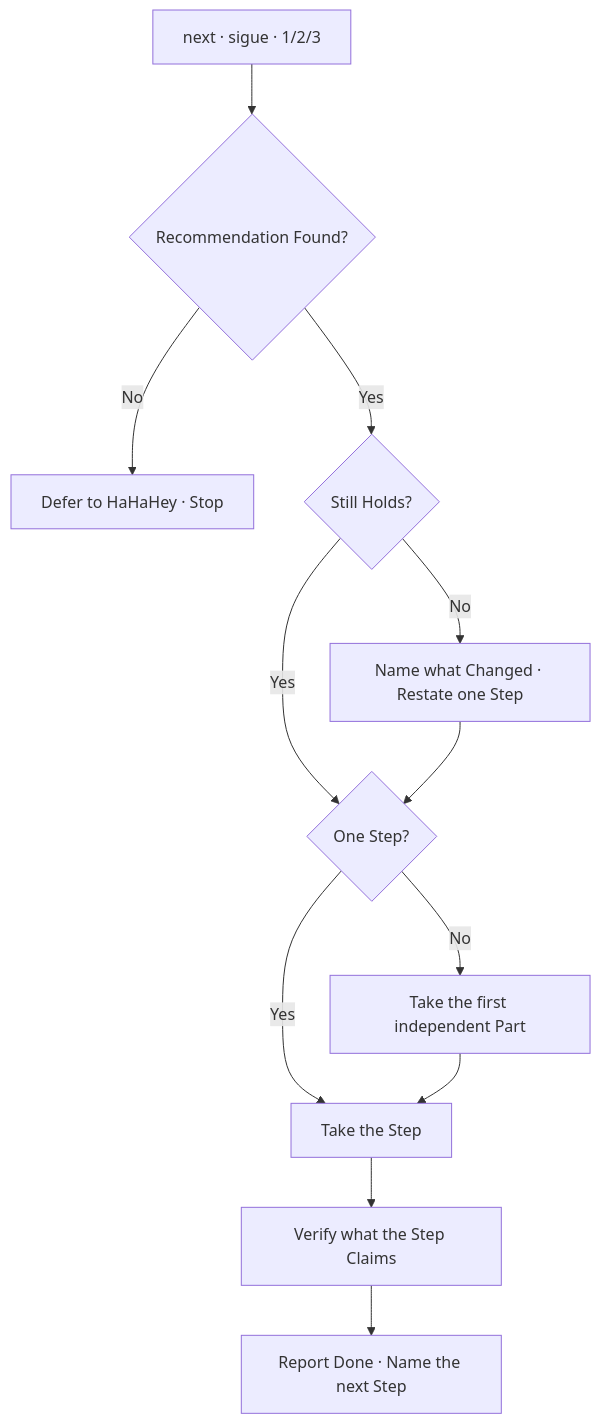
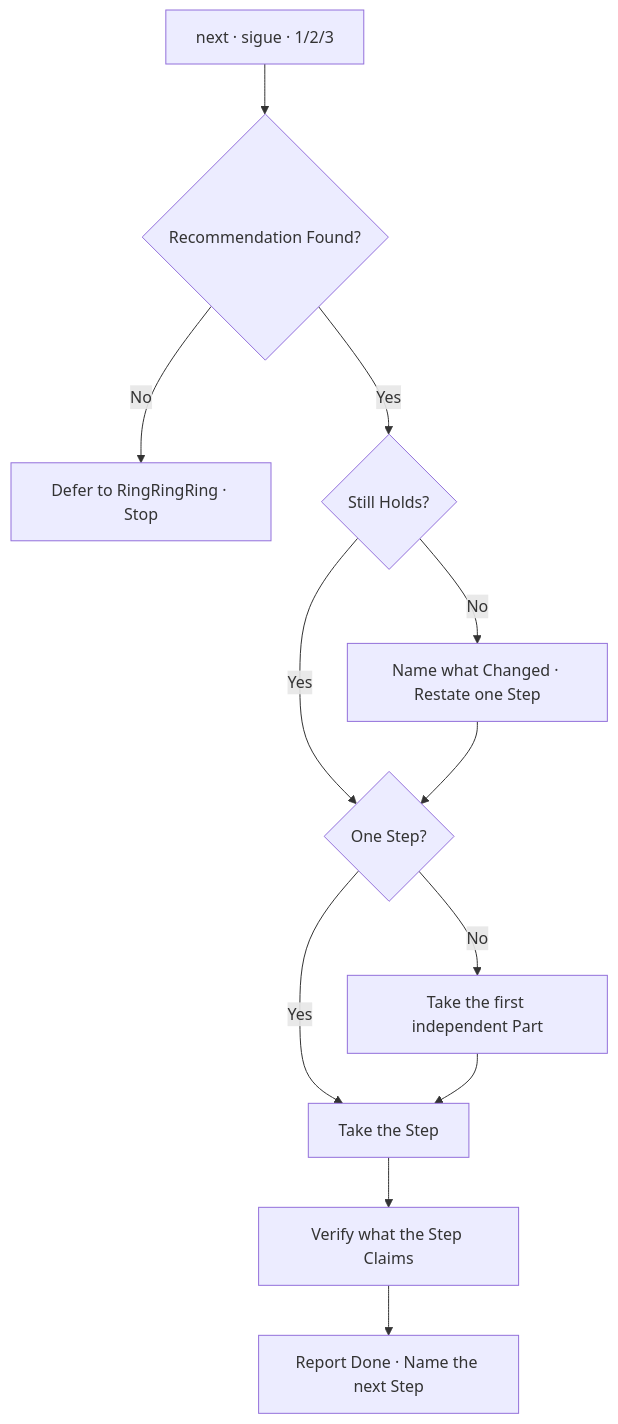
One commit to cangrejometralleta/OneTwoThree changed the diagram in .agents/skills/next-next-next/SKILL.md. Above: the diagram before and after it, drawn with Mermaid. The commit also changed other lines of this file and 9 other files, not shown here.

````diff
--- a/.agents/skills/next-next-next/SKILL.md
+++ b/.agents/skills/next-next-next/SKILL.md
@@ -17,14 +17,14 @@
 ```mermaid
 flowchart TD
     START["next · sigue · 1/2/3"] --> FIND{"Recommendation Found?"}
-    FIND -- No --> OPEN["Defer to HaHaHey · Stop"]
+    FIND -- No --> OPEN["Defer to RingRingRing · Stop"]
     FIND -- Yes --> HOLDS{"Still Holds?"}
     HOLDS -- No --> RENAME["Name what Changed · Restate one Step"]
     HOLDS -- Yes --> SIZE{"One Step?"}
     RENAME --> SIZE
     SIZE -- No --> SPLIT["Take the first independent Part"]
     SIZE -- Yes --> DO["Take the Step"]
     SPLIT --> DO
     DO --> VERIFY["Verify what the Step Claims"]
     VERIFY --> REPORT["Report Done · Name the next Step"]
 ```
````
